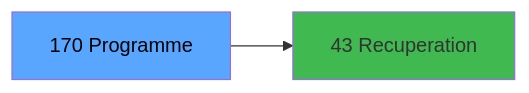
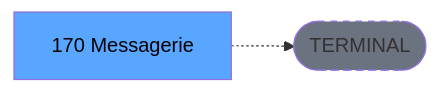
One commit to thonyAGP/lecteur-magic changed the third of 3 diagrams in .openspec/renders/ADH-IDE-170.md. Above: the diagram before and after it, drawn with Mermaid. The commit also changed other lines of this file and 701 other files, not shown here.

````diff
--- a/.openspec/renders/ADH-IDE-170.md
+++ b/.openspec/renders/ADH-IDE-170.md
@@ -147,8 +141,8 @@
 ```mermaid
 graph LR
-    T[170 Programme]
-    C43[43 Recuperation]
-    T --> C43
+    T[170 Messagerie]
+    TERM([TERMINAL])
+    T -.-> TERM
+    style TERM fill:#6b7280,stroke-dasharray: 5 5
     style T fill:#58a6ff,color:#000
-    style C43 fill:#3fb950
 ```
````
